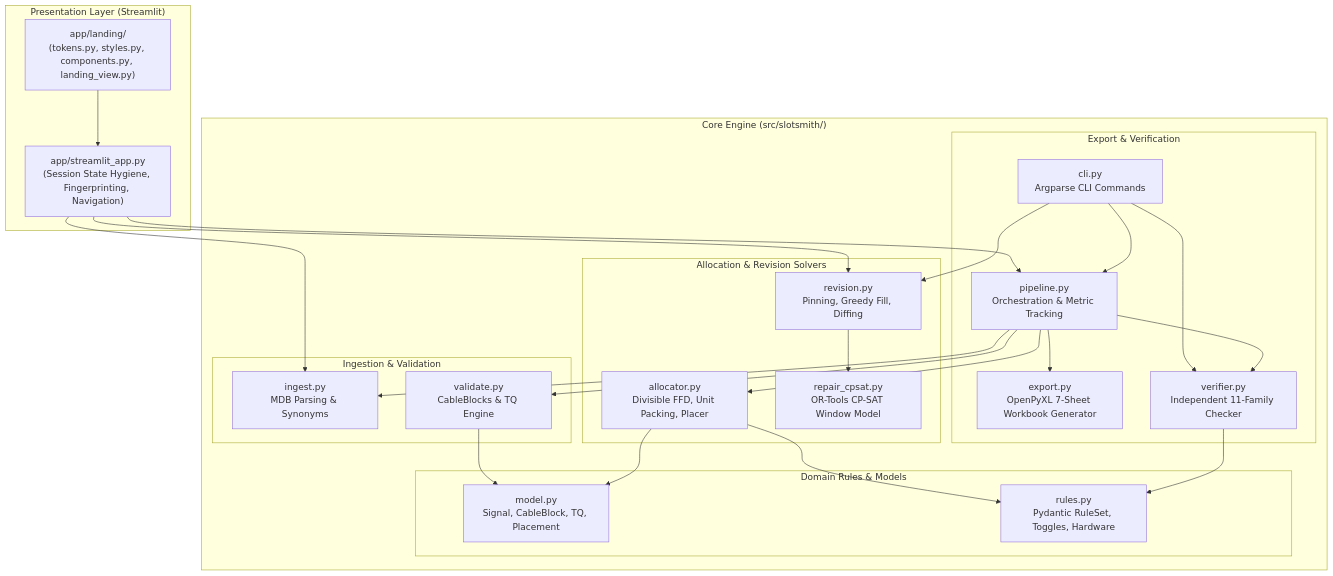
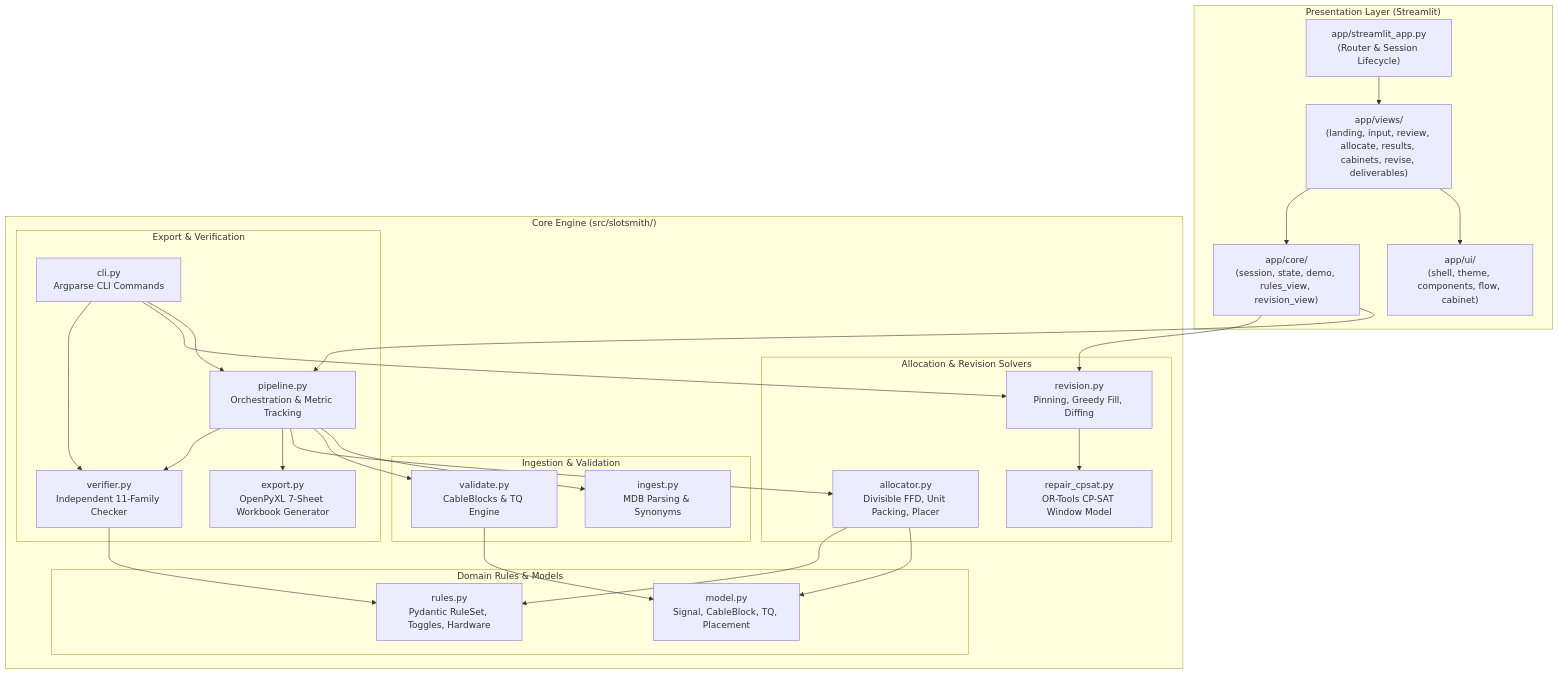
The second of 2 diagrams in README.md (Sidd927/SlotSmith), drawn with Mermaid before and after one commit. The commit also changed other lines of this file and 7 other files, not shown here.

````diff
--- a/README.md
+++ b/README.md
@@ -291,53 +309,56 @@
 ```mermaid
 graph TB
     subgraph Frontend ["Presentation Layer (Streamlit)"]
-        UI_APP["app/streamlit_app.py<br/>(Session State Hygiene, Fingerprinting, Navigation)"]
-        UI_LAND["app/landing/<br/>(tokens.py, styles.py, components.py, landing_view.py)"]
+        UI_APP["app/streamlit_app.py<br/>(Router & Session Lifecycle)"]
+        UI_VIEWS["app/views/<br/>(landing, input, review, allocate, results, cabinets, revise, deliverables)"]
+        UI_SHELL["app/ui/<br/>(shell, theme, components, flow, cabinet)"]
+        UI_CORE["app/core/<br/>(session, state, demo, rules_view, revision_view)"]
     end
 
     subgraph CoreEngine ["Core Engine (src/slotsmith/)"]
         subgraph IngestLayer ["Ingestion & Validation"]
             INGEST["ingest.py<br/>MDB Parsing & Synonyms"]
             VALID["validate.py<br/>CableBlocks & TQ Engine"]
         end
 
         subgraph RuleLayer ["Domain Rules & Models"]
             MODEL["model.py<br/>Signal, CableBlock, TQ, Placement"]
             RULES["rules.py<br/>Pydantic RuleSet, Toggles, Hardware"]
         end
 
         subgraph SolverLayer ["Allocation & Revision Solvers"]
             ALLOC["allocator.py<br/>Divisible FFD, Unit Packing, Placer"]
             REVISE["revision.py<br/>Pinning, Greedy Fill, Diffing"]
             CPSAT["repair_cpsat.py<br/>OR-Tools CP-SAT Window Model"]
         end
 
         subgraph OutputLayer ["Export & Verification"]
             EXPORT["export.py<br/>OpenPyXL 7-Sheet Workbook Generator"]
             VERIFY["verifier.py<br/>Independent 11-Family Checker"]
             PIPE["pipeline.py<br/>Orchestration & Metric Tracking"]
             CLI["cli.py<br/>Argparse CLI Commands"]
         end
     end
 
-    UI_APP --> PIPE
-    UI_APP --> REVISE
-    UI_APP --> INGEST
-    UI_LAND --> UI_APP
+    UI_APP --> UI_VIEWS
+    UI_VIEWS --> UI_SHELL
+    UI_VIEWS --> UI_CORE
+    UI_CORE --> PIPE
+    UI_CORE --> REVISE
 
     CLI --> PIPE
     CLI --> REVISE
     CLI --> VERIFY
 
     PIPE --> INGEST
     PIPE --> VALID
     PIPE --> ALLOC
     PIPE --> EXPORT
     PIPE --> VERIFY
 
     VALID --> MODEL
     ALLOC --> MODEL
     ALLOC --> RULES
     VERIFY --> RULES
     REVISE --> CPSAT
 ```
````
